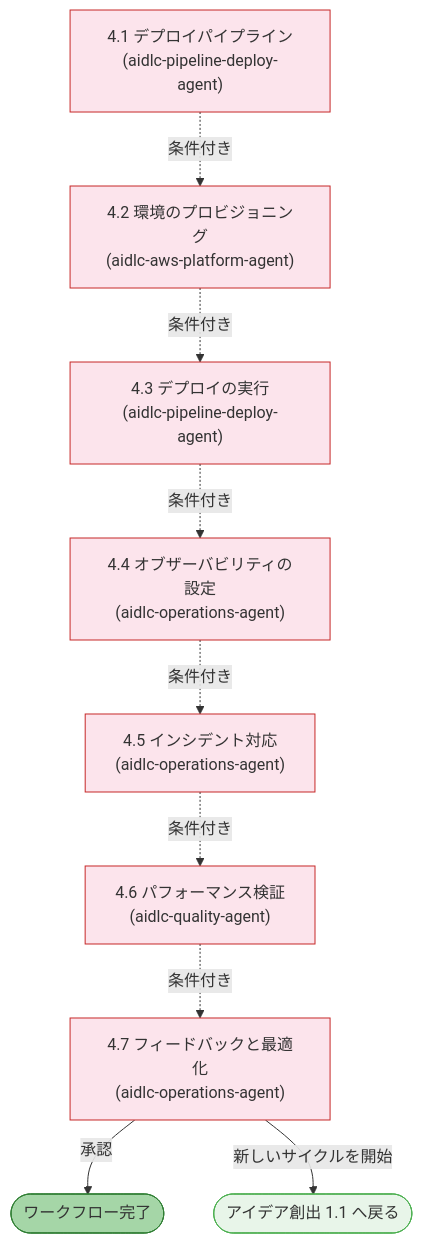
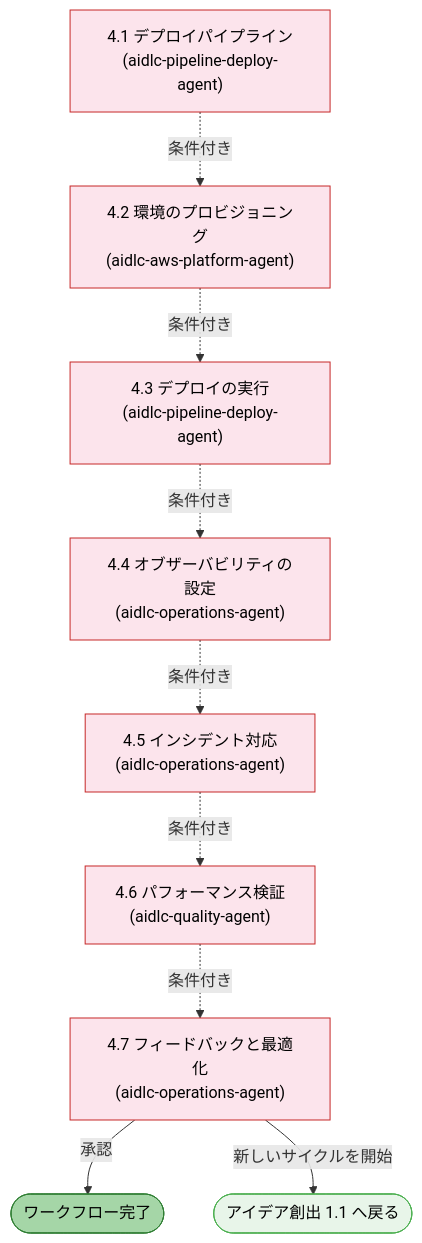
Before and after one commit to otomatty/aidlc-guide: the sixth of 6 diagrams in docs/guide/ja/04-phases-and-stages.md, drawn with Mermaid. The commit also changed other lines of this file and 321 other files, not shown here.

````diff
--- a/docs/guide/ja/04-phases-and-stages.md
+++ b/docs/guide/ja/04-phases-and-stages.md
@@ -346,30 +346,30 @@
 ```mermaid
 flowchart TD
     S41["4.1 デプロイパイプライン\n(aidlc-pipeline-deploy-agent)"]
     S42["4.2 環境のプロビジョニング\n(aidlc-aws-platform-agent)"]
     S43["4.3 デプロイの実行\n(aidlc-pipeline-deploy-agent)"]
     S44["4.4 オブザーバビリティの設定\n(aidlc-operations-agent)"]
     S45["4.5 インシデント対応\n(aidlc-operations-agent)"]
     S46["4.6 パフォーマンス検証\n(aidlc-quality-agent)"]
     S47["4.7 フィードバックと最適化\n(aidlc-operations-agent)"]
 
     S41 -.->|条件付き| S42
     S42 -.->|条件付き| S43
     S43 -.->|条件付き| S44
     S44 -.->|条件付き| S45
     S45 -.->|条件付き| S46
     S46 -.->|条件付き| S47
 
     S47 -->|"承認"| DONE(["ワークフロー完了"])
     S47 -->|"新しいサイクルを開始"| IDEATION(["アイデア創出 1.1 へ戻る"])
 
-    style S41 fill:#fce4ec,stroke:#c62828
-    style S42 fill:#fce4ec,stroke:#c62828
-    style S43 fill:#fce4ec,stroke:#c62828
-    style S44 fill:#fce4ec,stroke:#c62828
-    style S45 fill:#fce4ec,stroke:#c62828
-    style S46 fill:#fce4ec,stroke:#c62828
-    style S47 fill:#fce4ec,stroke:#c62828
-    style DONE fill:#a5d6a7,stroke:#2e7d32
-    style IDEATION fill:#e8f5e9,stroke:#4caf50
+    style S41 fill:#fce4ec,stroke:#c62828,color:#000
+    style S42 fill:#fce4ec,stroke:#c62828,color:#000
+    style S43 fill:#fce4ec,stroke:#c62828,color:#000
+    style S44 fill:#fce4ec,stroke:#c62828,color:#000
+    style S45 fill:#fce4ec,stroke:#c62828,color:#000
+    style S46 fill:#fce4ec,stroke:#c62828,color:#000
+    style S47 fill:#fce4ec,stroke:#c62828,color:#000
+    style DONE fill:#a5d6a7,stroke:#2e7d32,color:#000
+    style IDEATION fill:#e8f5e9,stroke:#4caf50,color:#000
 ```
````
